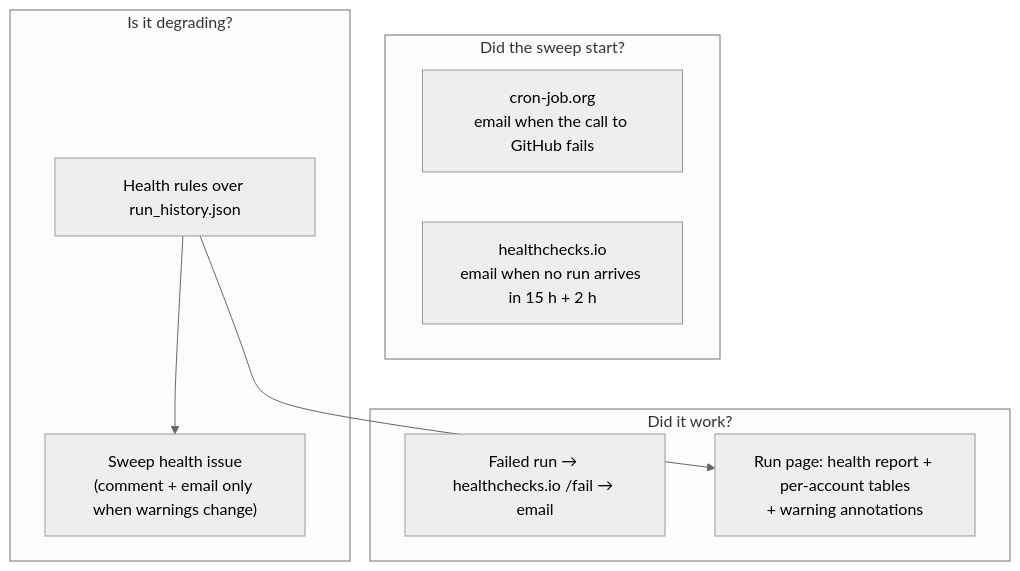
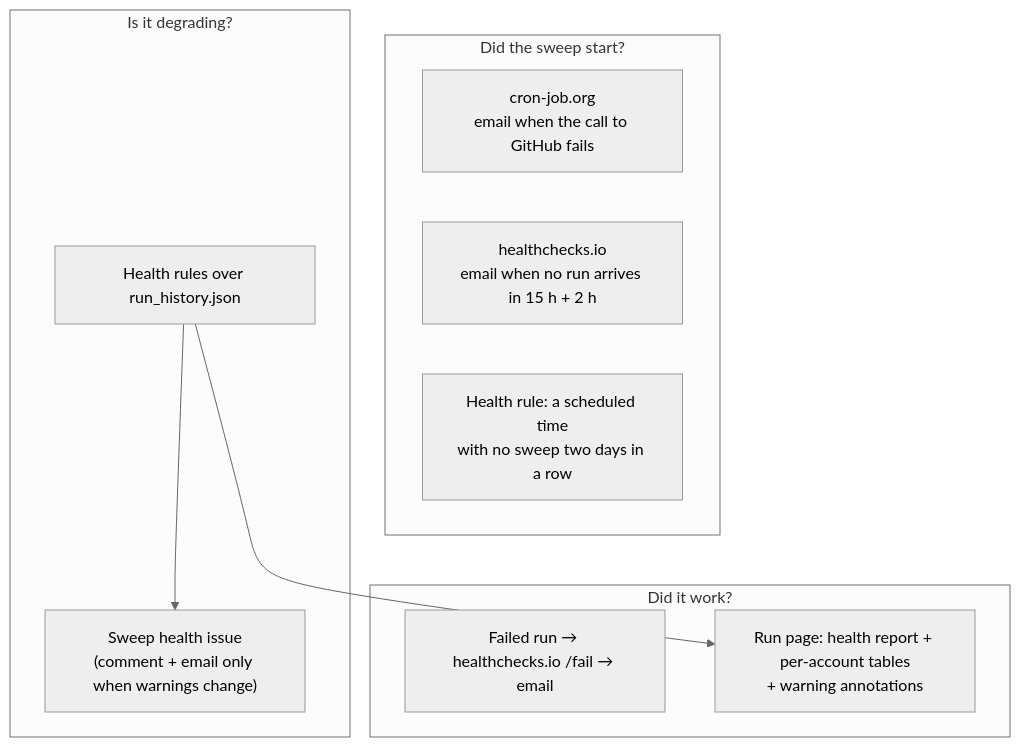
One commit to pa-bailar/backend changed the eighth of 12 diagrams in docs/ARCHITECTURE.md. Above: the diagram before and after it, drawn with Mermaid (neutral theme). The commit also changed other lines of this file and 6 other files, not shown here.

````diff
--- a/docs/ARCHITECTURE.md
+++ b/docs/ARCHITECTURE.md
@@ -1171,17 +1202,18 @@
 ```mermaid
 flowchart TB
     subgraph Start["Did the sweep start?"]
         CJ["cron-job.org<br/>email when the call to GitHub fails"]
         HC["healthchecks.io<br/>email when no run arrives in 15 h + 2 h"]
+        MS["Health rule: a scheduled time<br/>with no sweep two days in a row"]
     end
     subgraph Run["Did it work?"]
         FAIL["Failed run → healthchecks.io /fail → email"]
         SUM["Run page: health report + per-account tables<br/>+ warning annotations"]
     end
     subgraph Trend["Is it degrading?"]
         RULES["Health rules over run_history.json"]
         ISSUE["Sweep health issue<br/>(comment + email only when warnings change)"]
     end
     RULES --> ISSUE
     RULES --> SUM
 ```
````
